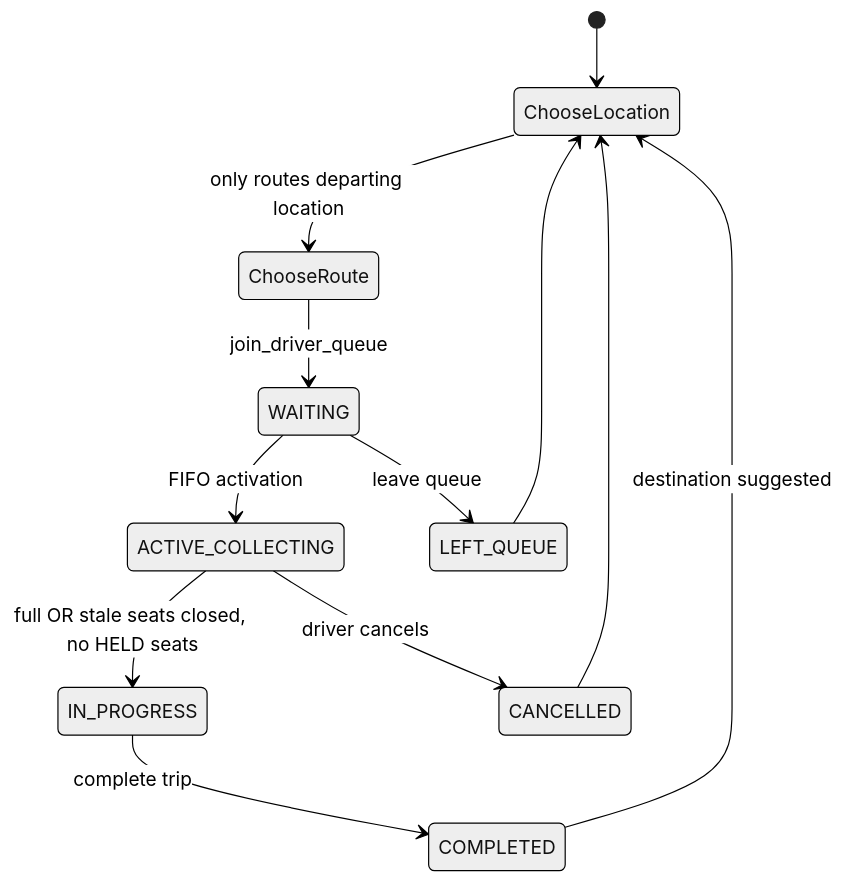
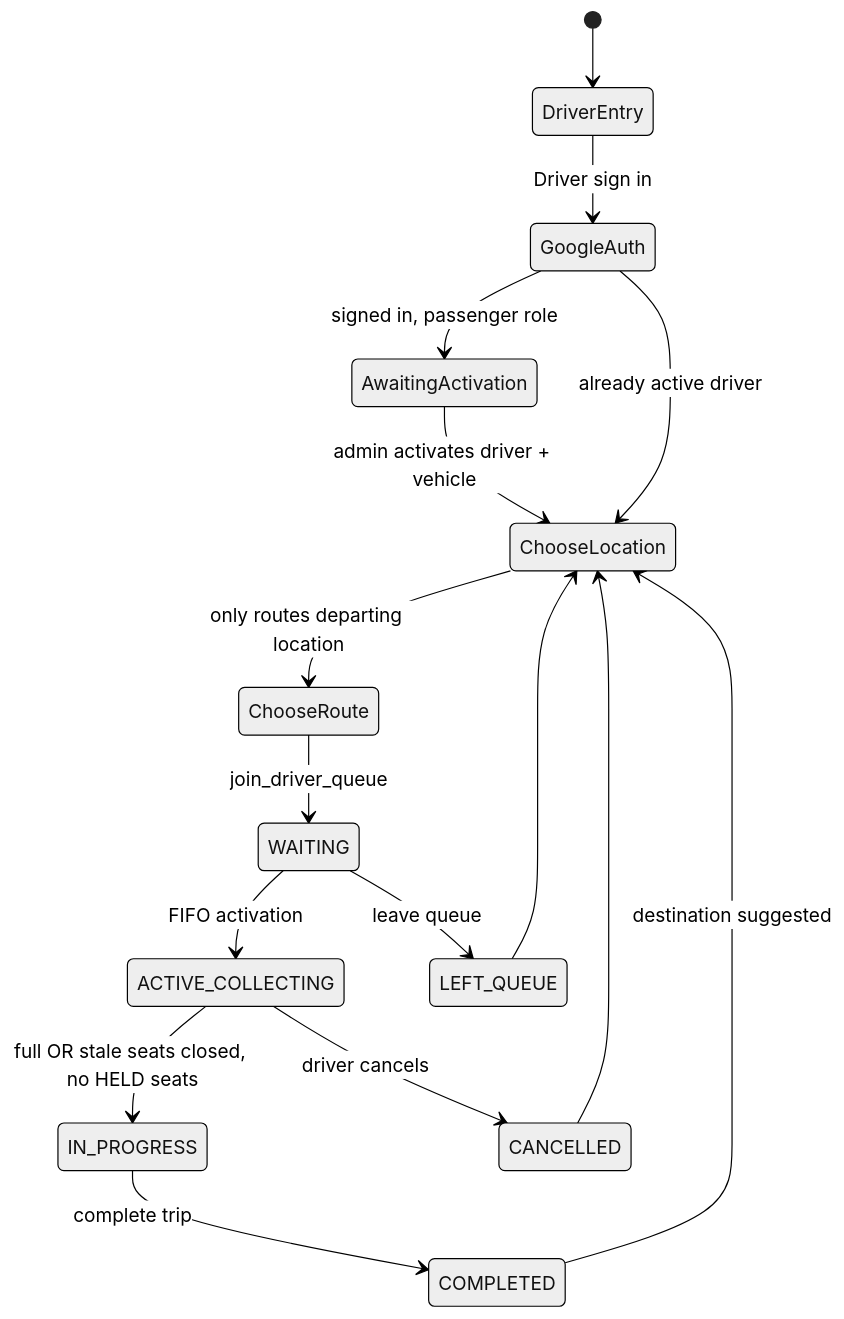
One commit to rajeevbackup42112-coder/raahimini changed the third of 11 diagrams in docs/RAAHI_MASTER_ARCHITECTURE.md. Above: the diagram before and after it, drawn with Mermaid (neutral theme). The commit also changed other lines of this file, not shown here.

Commit message:
Update master architecture for explicit driver authentication

````diff
--- a/docs/RAAHI_MASTER_ARCHITECTURE.md
+++ b/docs/RAAHI_MASTER_ARCHITECTURE.md
@@ -100,14 +101,18 @@
 ```mermaid
 stateDiagram-v2
-    [*] --> ChooseLocation
+    [*] --> DriverEntry
+    DriverEntry --> GoogleAuth : Driver sign in
+    GoogleAuth --> AwaitingActivation : signed in, passenger role
+    AwaitingActivation --> ChooseLocation : admin activates driver + vehicle
+    GoogleAuth --> ChooseLocation : already active driver
     ChooseLocation --> ChooseRoute : only routes departing location
     ChooseRoute --> WAITING : join_driver_queue
     WAITING --> ACTIVE_COLLECTING : FIFO activation
     WAITING --> LEFT_QUEUE : leave queue
     ACTIVE_COLLECTING --> IN_PROGRESS : full OR stale seats closed, no HELD seats
     ACTIVE_COLLECTING --> CANCELLED : driver cancels
     IN_PROGRESS --> COMPLETED : complete trip
     COMPLETED --> ChooseLocation : destination suggested
     CANCELLED --> ChooseLocation
     LEFT_QUEUE --> ChooseLocation
 ```
````
